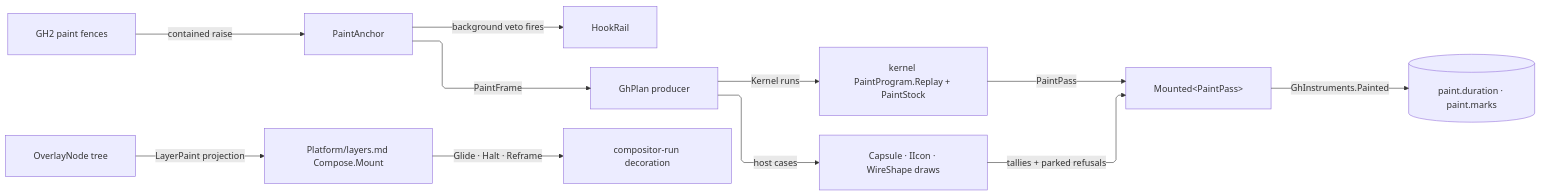
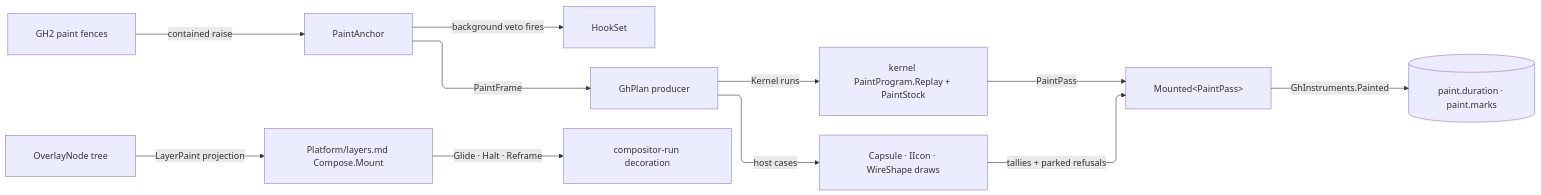
One commit to bsamiee/Rasm changed the diagram in libs/dotnet/Rasm.Grasshopper/.planning/Canvas/paint.md. Above: the diagram before and after it, drawn with Mermaid. The commit also changed other lines of this file and 1997 other files, not shown here.

````diff
--- a/libs/dotnet/Rasm.Grasshopper/.planning/Canvas/paint.md
+++ b/libs/dotnet/Rasm.Grasshopper/.planning/Canvas/paint.md
@@ -251,22 +248,22 @@
 ```mermaid
 ---
 config:
   layout: elk
   flowchart:
     curve: linear
     padding: 25
 ---
 flowchart LR
     accTitle: Paint composition at the Grasshopper boundary
     accDescr: Host paint fences hand an event-scoped scene to the planned mount; the plan's kernel runs replay through the kernel paint program with its leased stock while host cases draw through GH2 renderers; the settled pass lands on the mount capsule and writes its instruments, and compositor-resident overlays glide with zero paint passes.
     Fence["GH2 paint fences"] -->|"contained raise"| Anchor["PaintAnchor"]
-    Anchor -->|"background veto fires"| Rail["HookRail"]
+    Anchor -->|"background veto fires"| Hooks["HookSet"]
     Anchor -->|"PaintFrame"| Plan["GhPlan producer"]
     Plan -->|"Kernel runs"| Program["kernel PaintProgram.Replay + PaintStock"]
     Plan -->|"host cases"| Host["Capsule · IIcon · WireShape draws"]
     Program -->|"PaintPass"| Capsule["Mounted&lt;PaintPass&gt;"]
     Host -->|"tallies + parked refusals"| Capsule
     Capsule -->|"GhInstruments.Painted"| Meter[("paint.duration · paint.marks")]
     Overlay["OverlayNode tree"] -->|"LayerPaint projection"| Layers["Platform/layers.md Compose.Mount"]
     Layers -->|"Glide · Halt · Reframe"| Motion["compositor-run decoration"]
 ```
````
